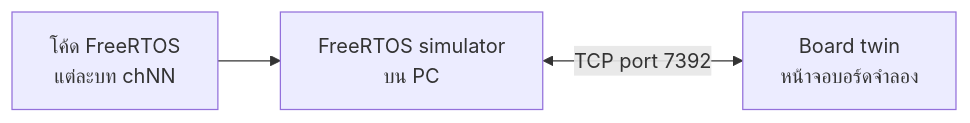
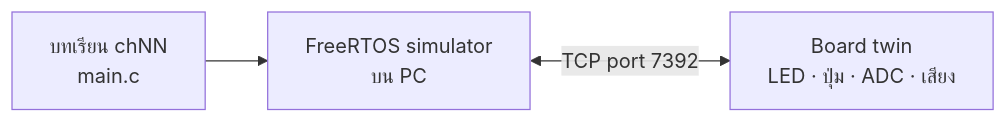
One commit to Taopoon/kmutt-nd69-learning-notes changed the fifth of 5 diagrams in nd1/03-esp-idf-hello-world.md. Above: the diagram before and after it, drawn with Mermaid. The commit also changed other lines of this file, not shown here.

Commit message:
Expand ND1 chapter 3 with ESP-IDF setup, embedded C and FreeRTOS

````diff
--- a/nd1/03-esp-idf-hello-world.md
+++ b/nd1/03-esp-idf-hello-world.md
@@ -52,5 +330,5 @@
 ```mermaid
 flowchart LR
-    CODE[โค้ด FreeRTOS<br/>แต่ละบท chNN] --> SIM[FreeRTOS simulator<br/>บน PC]
-    SIM <-->|TCP port 7392| TWIN[Board twin<br/>หน้าจอบอร์ดจำลอง]
+    CODE[บทเรียน chNN<br/>main.c] --> SIM[FreeRTOS simulator<br/>บน PC]
+    SIM <-->|TCP port 7392| TWIN[Board twin<br/>LED · ปุ่ม · ADC · เสียง]
 ```
````
